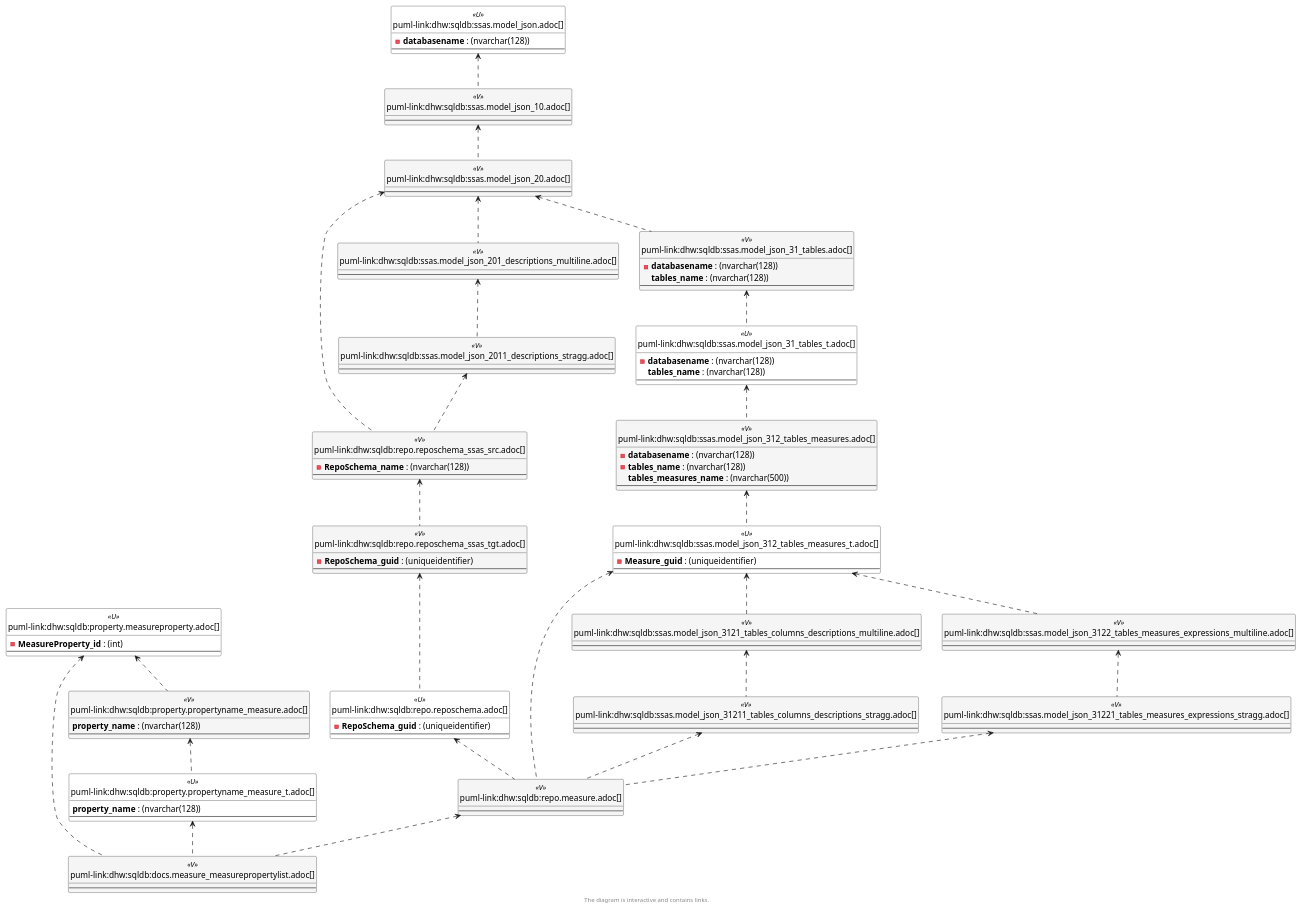
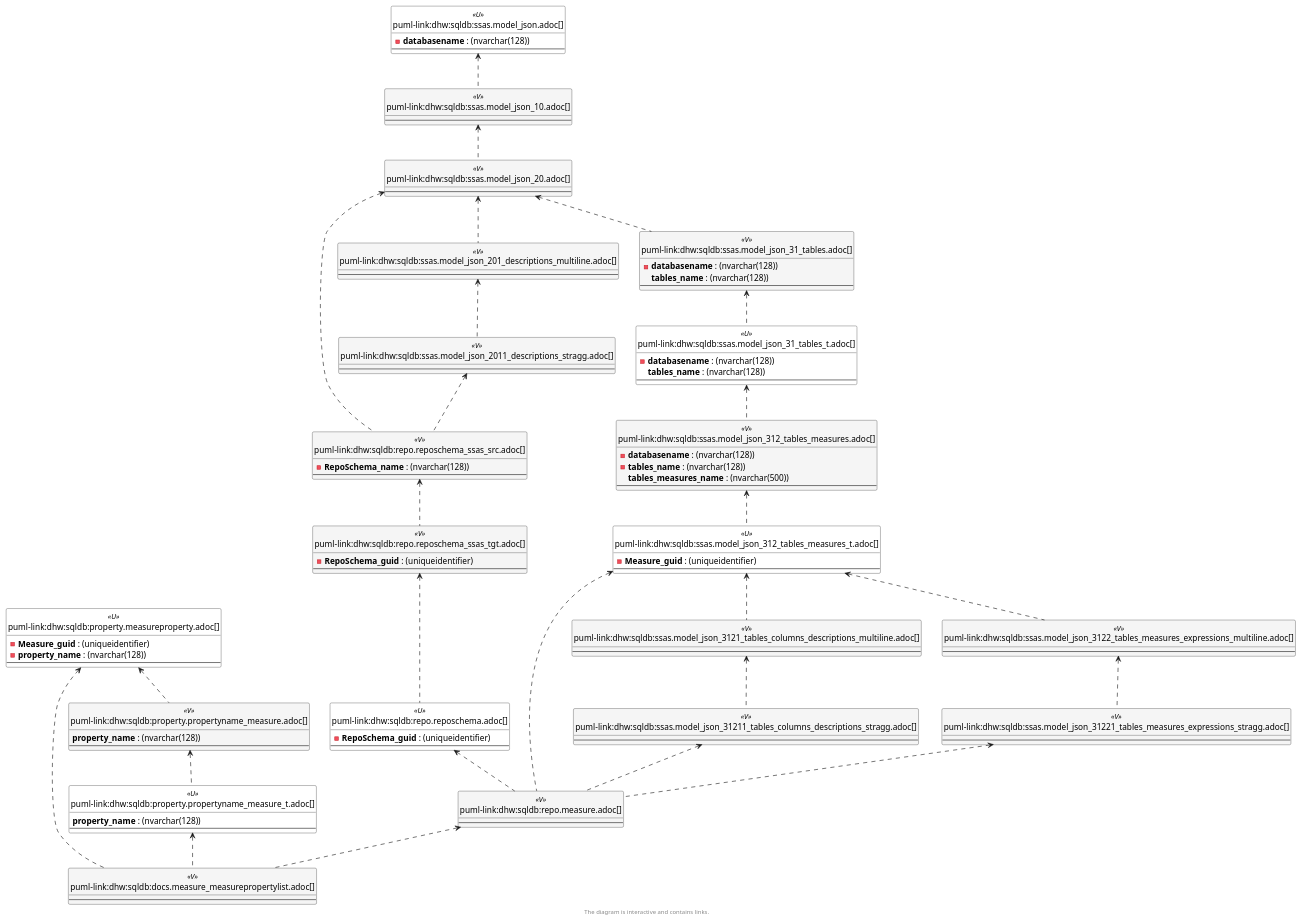
Before and after one commit to DataHandwerk/dhw-antora-sqldb: the fourth of 6 diagrams in docs/modules/sqldb/partials/content/docs.measure_measurepropertylist.adoc, drawn with PlantUML. The commit also changed other lines of this file and 751 other files, not shown here.

```diff
--- a/docs/modules/sqldb/partials/content/docs.measure_measurepropertylist.adoc
+++ b/docs/modules/sqldb/partials/content/docs.measure_measurepropertylist.adoc
@@ -685,7 +686,8 @@
 }
 
 entity "puml-link:dhw:sqldb:property.measureproperty.adoc[]" as property.MeasureProperty << U >> {
-  - **MeasureProperty_id** : (int)
+  - **Measure_guid** : (uniqueidentifier)
+  - **property_name** : (nvarchar(128))
   --
 }
 
@@ -779,8 +781,8 @@
   --
 }
 
+property.MeasureProperty <.. property.PropertyName_Measure
 property.MeasureProperty <.. docs.Measure_MeasurePropertyList
-property.MeasureProperty <.. property.PropertyName_Measure
 property.PropertyName_Measure <.. property.PropertyName_Measure_T
 property.PropertyName_Measure_T <.. docs.Measure_MeasurePropertyList
 repo.Measure <.. docs.Measure_MeasurePropertyList
@@ -790,8 +792,8 @@
 ssas.model_json <.. ssas.model_json_10
 ssas.model_json_10 <.. ssas.model_json_20
 ssas.model_json_20 <.. repo.RepoSchema_ssas_src
+ssas.model_json_20 <.. ssas.model_json_31_tables
 ssas.model_json_20 <.. ssas.model_json_201_descriptions_multiline
-ssas.model_json_20 <.. ssas.model_json_31_tables
 ssas.model_json_201_descriptions_multiline <.. ssas.model_json_2011_descriptions_StrAgg
 ssas.model_json_2011_descriptions_StrAgg <.. repo.RepoSchema_ssas_src
 ssas.model_json_31_tables <.. ssas.model_json_31_tables_T
```
